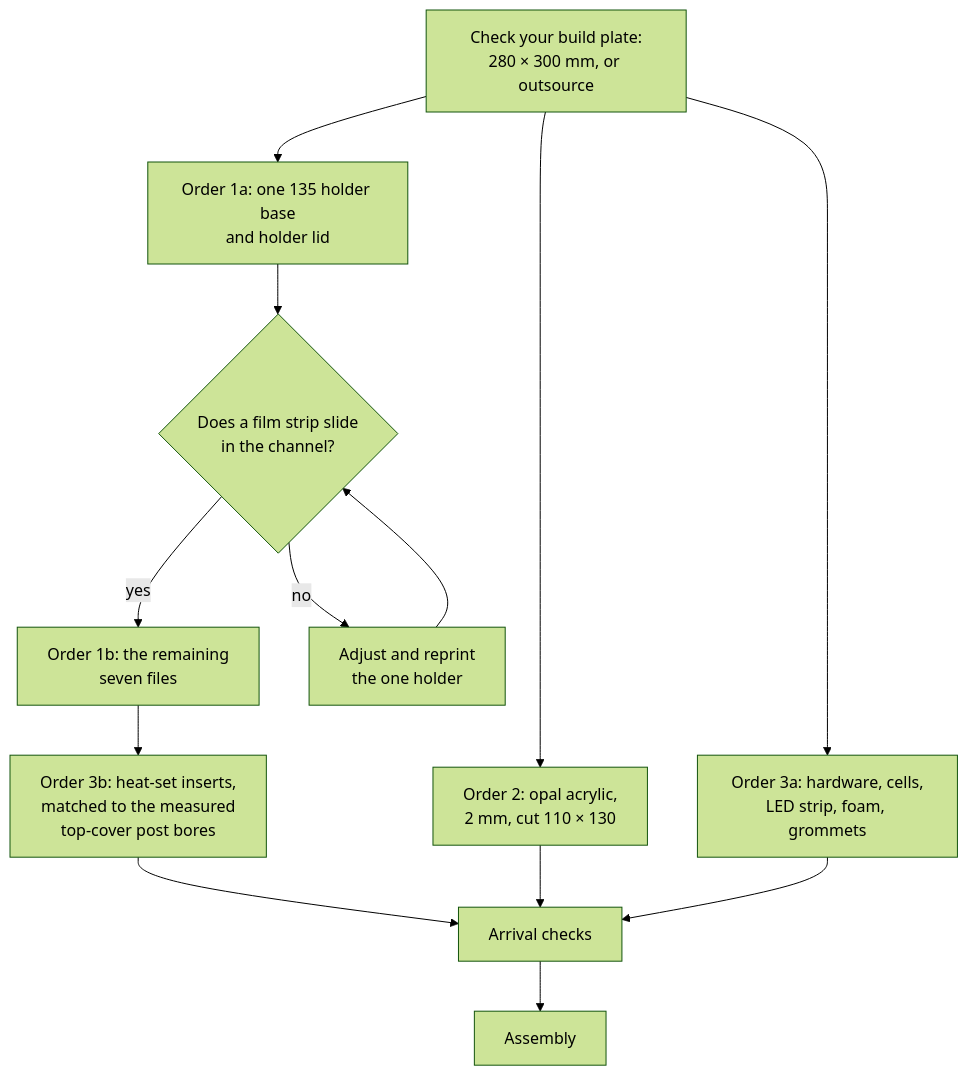
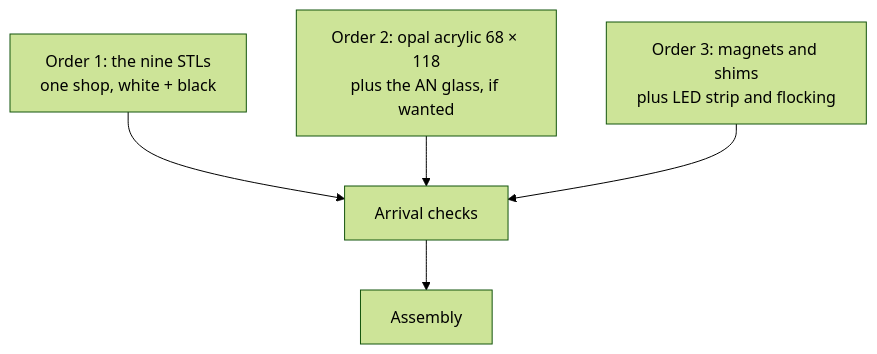
The diagram in docs/bom.md (Neoanaloglab/Neobox), drawn with Mermaid (forest theme) before and after one commit. The commit also changed other lines of this file and 30 other files, not shown here.

````diff
--- a/docs/bom.md
+++ b/docs/bom.md
@@ -218,15 +181,7 @@
 ```mermaid
 flowchart TD
-  A[Check your build plate:<br/>280 × 300 mm, or outsource] --> B[Order 1a: one 135 holder base<br/>and holder lid]
-  A --> C[Order 2: opal acrylic,<br/>2 mm, cut 110 × 130]
-  A --> D[Order 3a: hardware, cells,<br/>LED strip, foam, grommets]
-  B --> E{Does a film strip slide<br/>in the channel?}
-  E -- yes --> F[Order 1b: the remaining<br/>seven files]
-  E -- no --> G[Adjust and reprint<br/>the one holder]
-  G --> E
-  F --> J[Order 3b: heat-set inserts,<br/>matched to the measured<br/>top-cover post bores]
-  J --> H[Arrival checks]
-  C --> H
-  D --> H
-  H --> I[Assembly]
+  A[Order 1: the nine STLs<br/>one shop, white + black] --> D[Arrival checks]
+  B[Order 2: opal acrylic 68 × 118<br/>plus the AN glass, if wanted] --> D
+  C[Order 3: magnets and shims<br/>plus LED strip and flocking] --> D
+  D --> E[Assembly]
 ```
````
